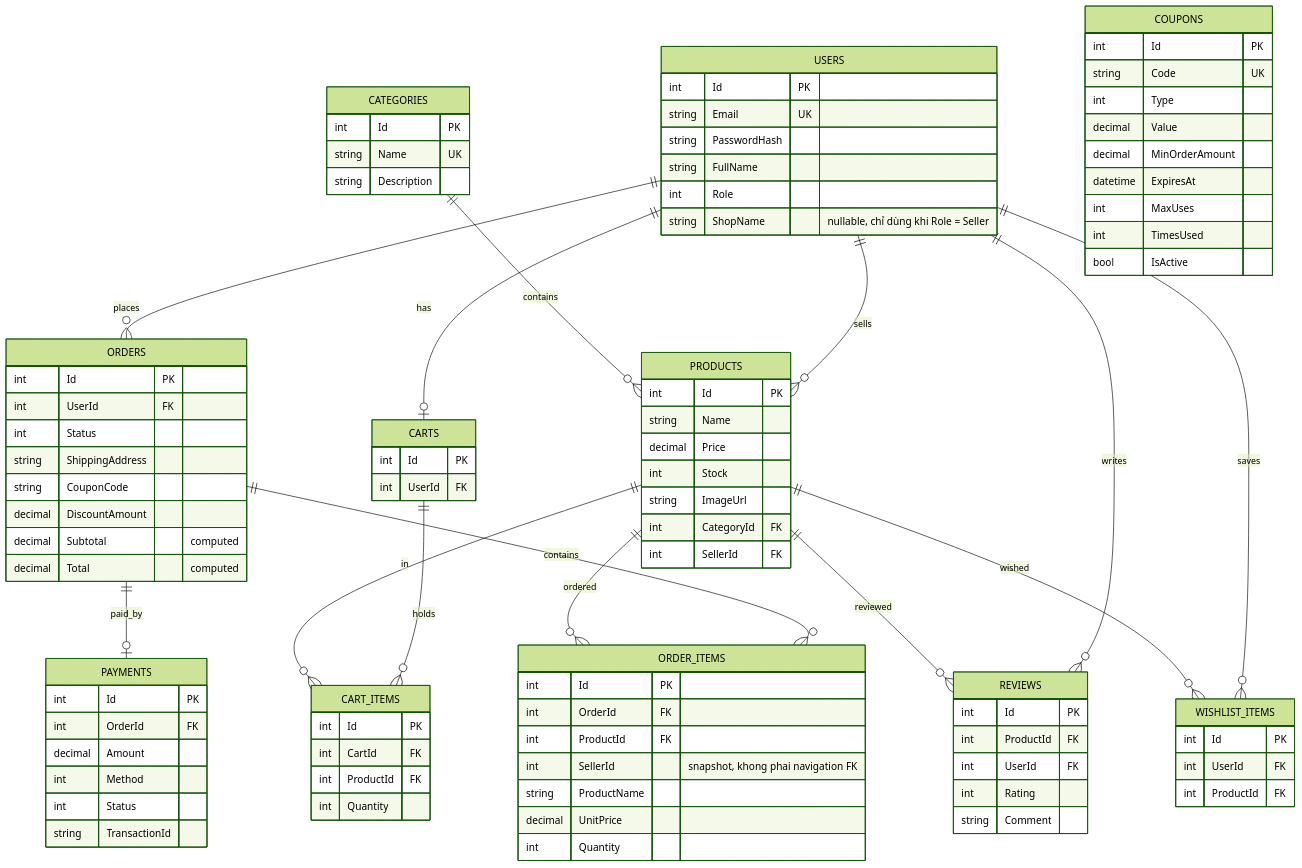
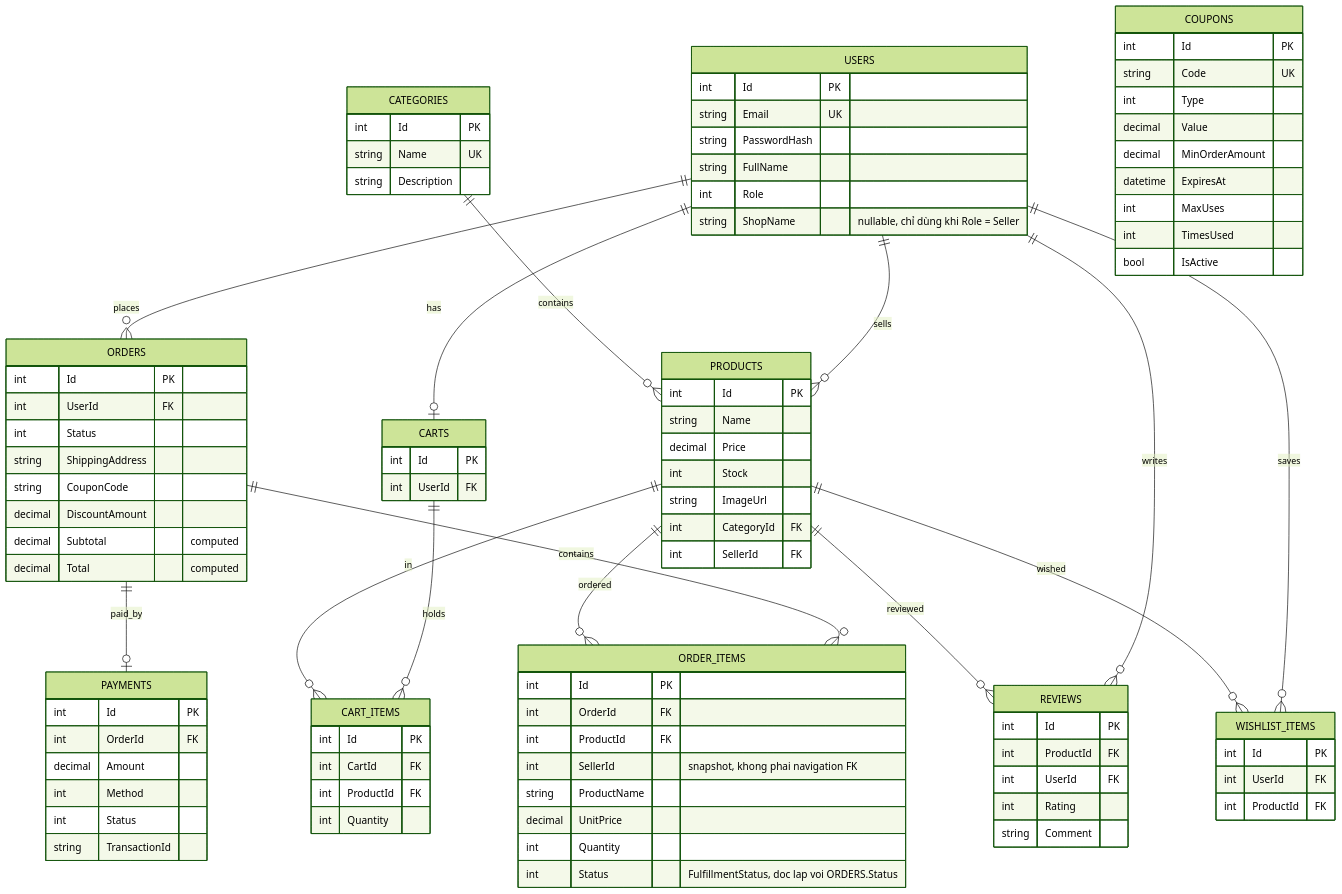
One commit to nhuy2005-alexandors/Marketplace changed the second of 2 diagrams in docs/class-erd.md. Above: the diagram before and after it, drawn with Mermaid (forest theme). The commit also changed other lines of this file and 22 other files, not shown here.

```diff
--- a/docs/class-erd.md
+++ b/docs/class-erd.md
@@ -203,6 +218,7 @@
         string ProductName
         decimal UnitPrice
         int Quantity
+        int Status "FulfillmentStatus, doc lap voi ORDERS.Status"
     }
     PAYMENTS {
         int Id PK
```
